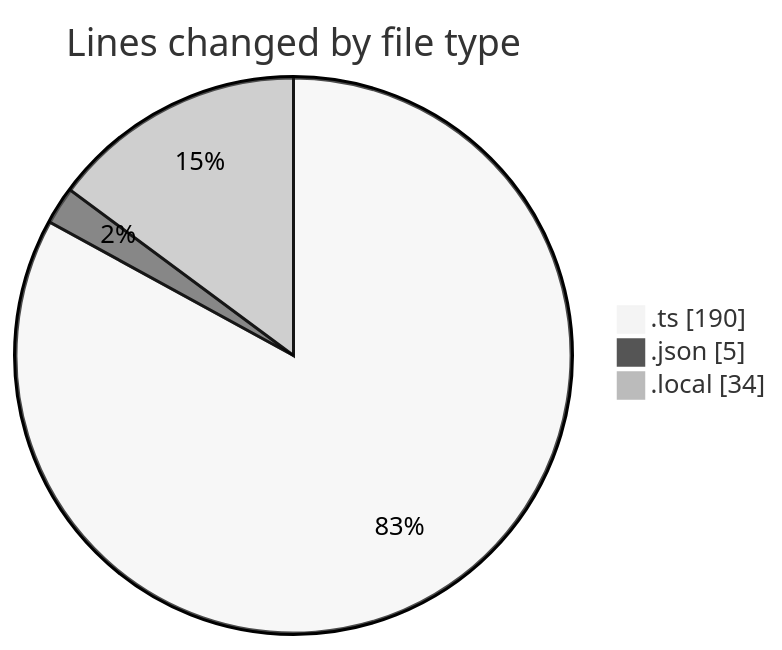
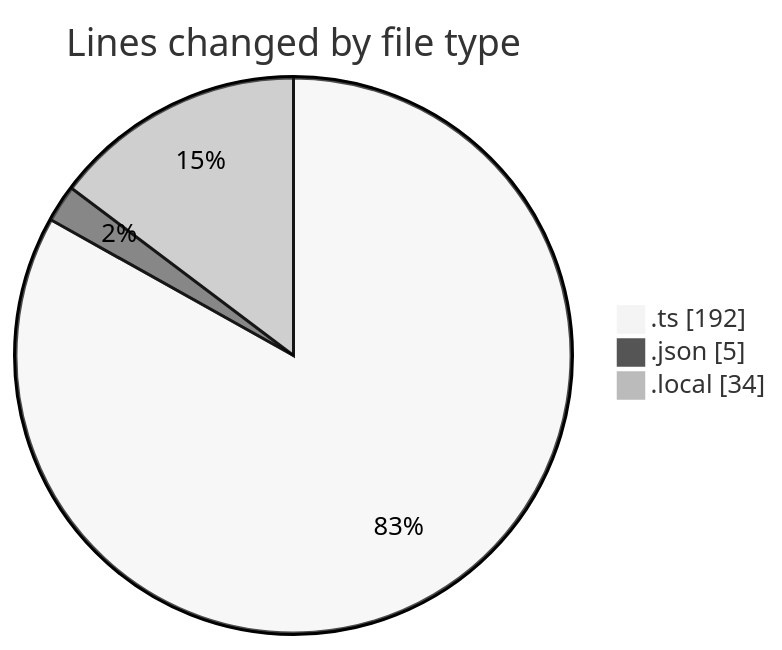
Before and after one commit to julien-gomy/code-tracking: the first of 2 diagrams in 2025-10-31/temp_mr_252/README.md, drawn with Mermaid (neutral theme). The commit also changed other lines of this file and 1 other file, not shown here.

````diff
--- a/2025-10-31/temp_mr_252/README.md
+++ b/2025-10-31/temp_mr_252/README.md
@@ -24,7 +24,7 @@
 ```mermaid
 pie showData
 title Lines changed by file type
-".ts" : 190
+".ts" : 192
 ".json" : 5
 ".local" : 34
 ```
````
